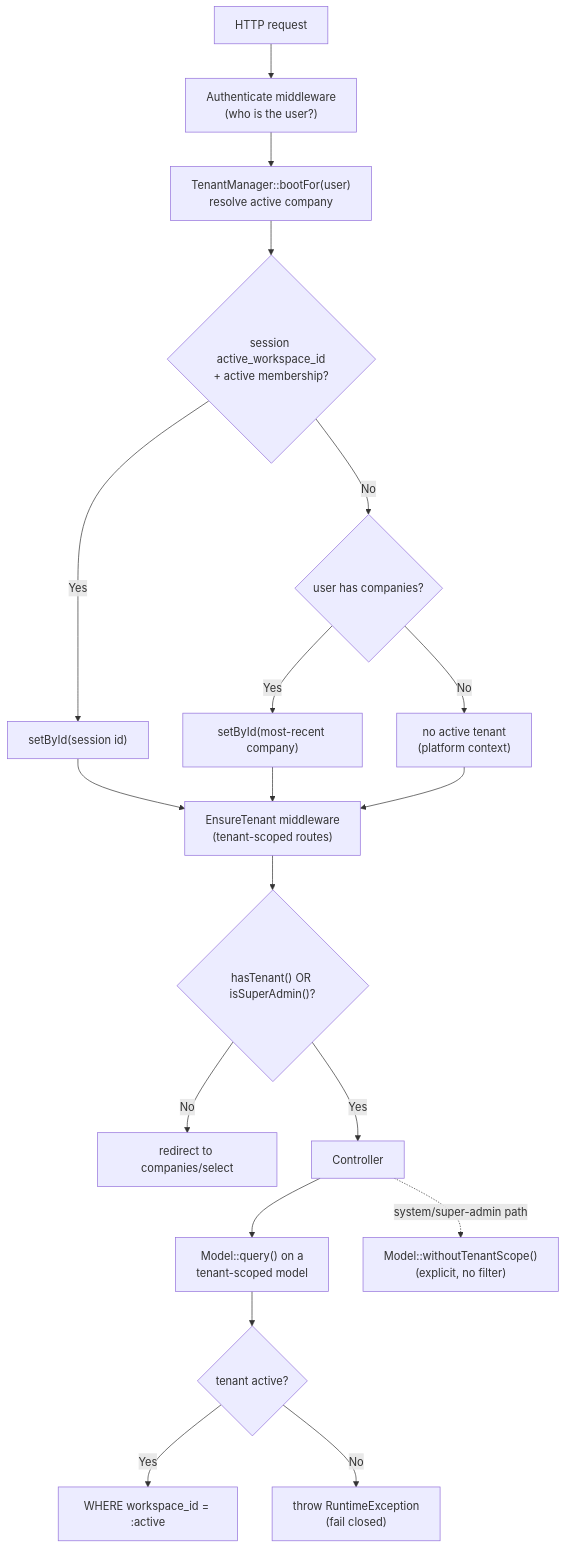
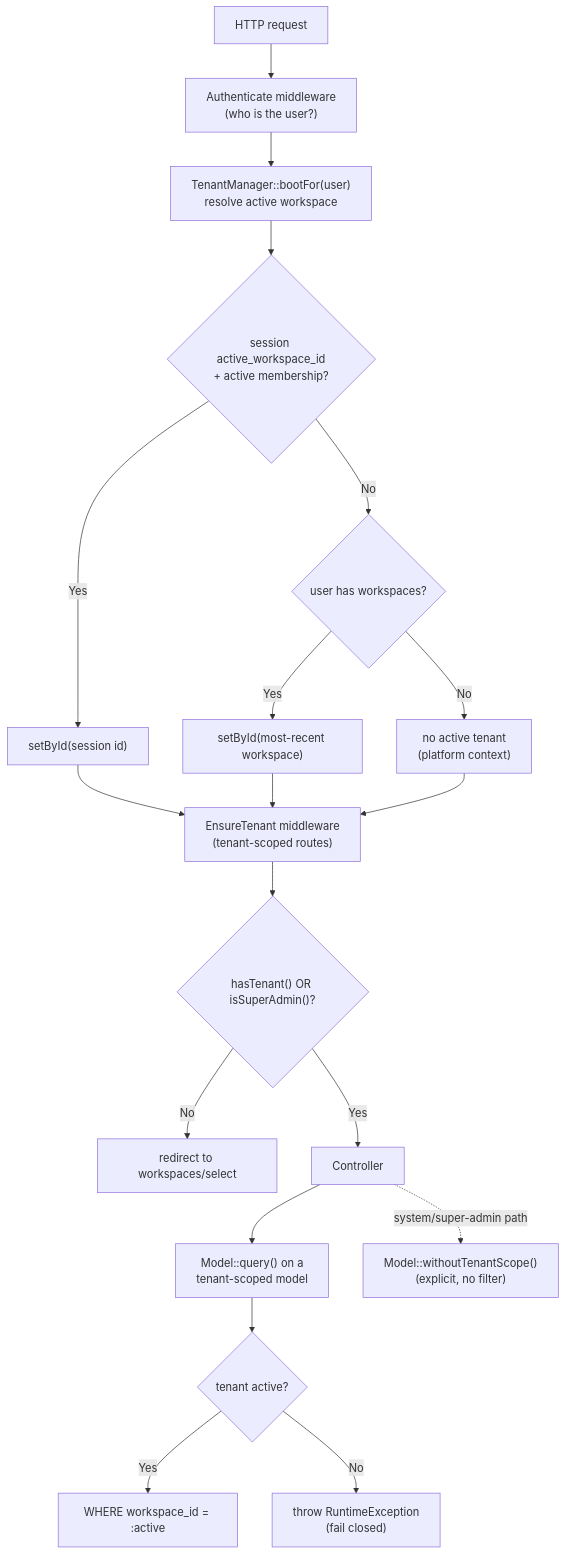
Before and after one commit to ammarnabileg/crm: the diagram in docs/08-Multi-Tenant.md, drawn with Mermaid. The commit also changed other lines of this file and 26 other files, not shown here.

````diff
--- a/docs/08-Multi-Tenant.md
+++ b/docs/08-Multi-Tenant.md
@@ -76,21 +76,21 @@
 ```mermaid
 flowchart TD
     REQ["HTTP request"] --> AUTH["Authenticate middleware<br/>(who is the user?)"]
-    AUTH --> BOOT["TenantManager::bootFor(user)<br/>resolve active company"]
+    AUTH --> BOOT["TenantManager::bootFor(user)<br/>resolve active workspace"]
     BOOT --> S1{"session active_workspace_id<br/>+ active membership?"}
     S1 -- Yes --> SET1["setById(session id)"]
-    S1 -- No --> S2{"user has companies?"}
-    S2 -- Yes --> SET2["setById(most-recent company)"]
+    S1 -- No --> S2{"user has workspaces?"}
+    S2 -- Yes --> SET2["setById(most-recent workspace)"]
     S2 -- No --> NONE["no active tenant<br/>(platform context)"]
     SET1 --> ET["EnsureTenant middleware<br/>(tenant-scoped routes)"]
     SET2 --> ET
     NONE --> ET
     ET --> ETQ{"hasTenant() OR isSuperAdmin()?"}
-    ETQ -- No --> REDIR["redirect to companies/select"]
+    ETQ -- No --> REDIR["redirect to workspaces/select"]
     ETQ -- Yes --> CTRL["Controller"]
     CTRL --> MQ["Model::query() on a<br/>tenant-scoped model"]
     MQ --> SCOPE{"tenant active?"}
     SCOPE -- Yes --> OK["WHERE workspace_id = :active"]
     SCOPE -- No --> THROW["throw RuntimeException<br/>(fail closed)"]
     CTRL -. "system/super-admin path" .-> ESC["Model::withoutTenantScope()<br/>(explicit, no filter)"]
 ```
````
